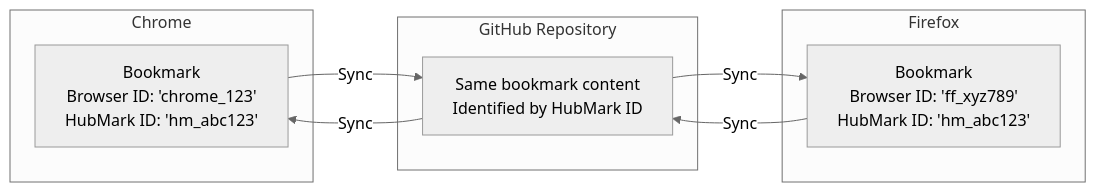
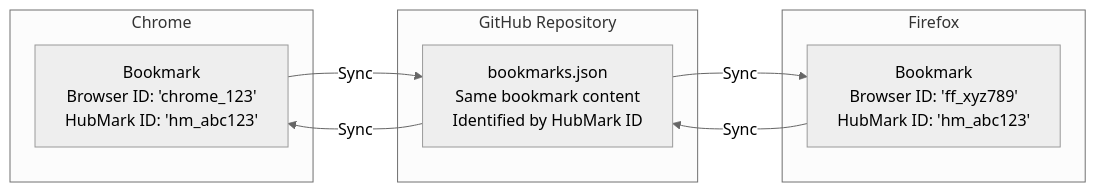
Before and after one commit to danlourenco/hubmarks: the sixth of 14 diagrams in docs/data-flow.md, drawn with Mermaid (neutral theme). The commit also changed other lines of this file and 5 other files, not shown here.

First line of the commit message:
docs: update all documentation for JSON-first architecture

````diff
--- a/docs/data-flow.md
+++ b/docs/data-flow.md
@@ -158,19 +183,25 @@
 ```mermaid
 graph LR
     subgraph "Chrome"
-        A["Bookmark<br/>Browser ID: 'chrome_123'<br/>HubMark ID: 'hm_abc123'"]
+        A["Bookmark
+        Browser ID: 'chrome_123'
+        HubMark ID: 'hm_abc123'"]
     end
     
     subgraph "Firefox"  
-        B["Bookmark<br/>Browser ID: 'ff_xyz789'<br/>HubMark ID: 'hm_abc123'"]
+        B["Bookmark
+        Browser ID: 'ff_xyz789'
+        HubMark ID: 'hm_abc123'"]
     end
     
     subgraph "GitHub Repository"
-        C["Same bookmark content<br/>Identified by HubMark ID"]
+        C["bookmarks.json
+        Same bookmark content
+        Identified by HubMark ID"]
     end
     
     A -->|Sync| C
     B -->|Sync| C
     C -->|Sync| A
     C -->|Sync| B
 ```
````
